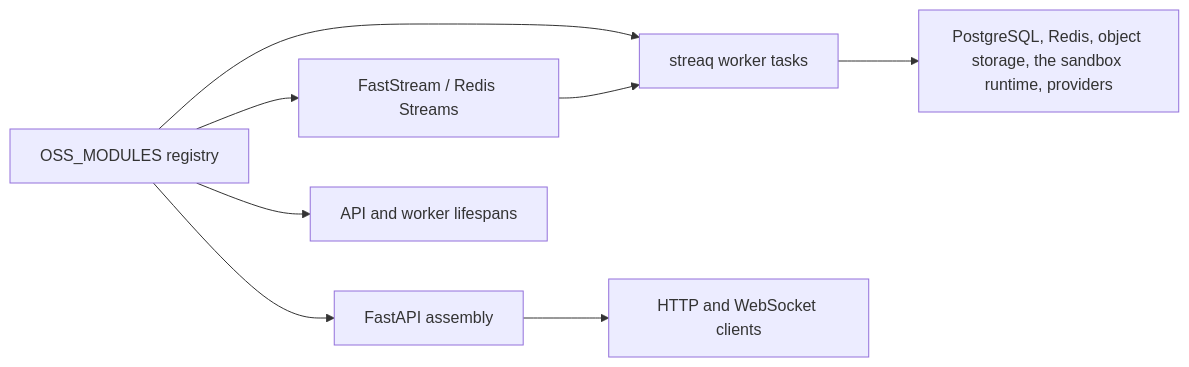
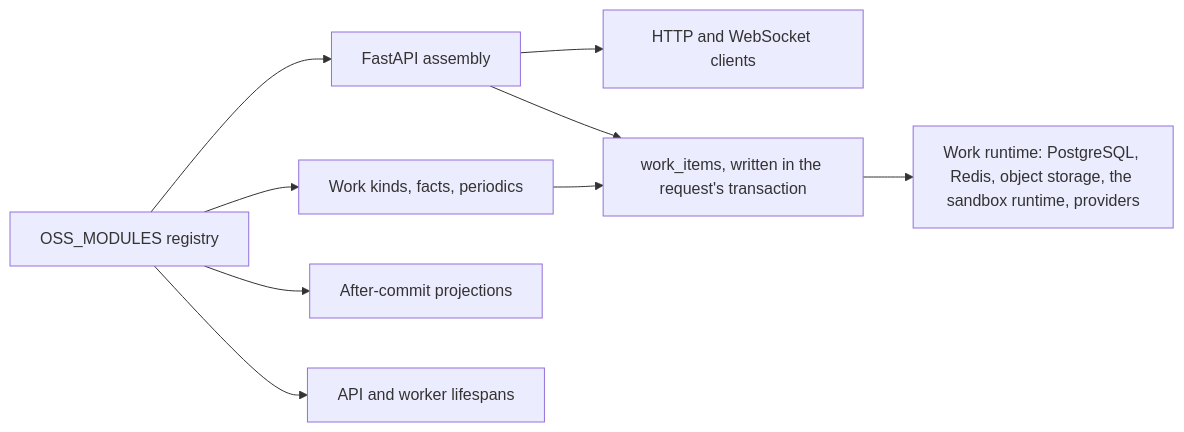
Before and after one commit to brainsparker/lemma-platform: the first of 2 diagrams in lemma-backend/docs/modules/README.md, drawn with Mermaid. The commit also changed other lines of this file and 36 other files, not shown here.

First line of the commit message:
Docs and deploy config for the work runtime without the old transport

````diff
--- a/lemma-backend/docs/modules/README.md
+++ b/lemma-backend/docs/modules/README.md
@@ -15,10 +20,11 @@
 ```mermaid
 flowchart LR
     R["OSS_MODULES registry"] --> A["FastAPI assembly"]
-    R --> E["FastStream / Redis Streams"]
-    R --> J["streaq worker tasks"]
+    R --> K["Work kinds, facts, periodics"]
+    R --> S["After-commit projections"]
     R --> L["API and worker lifespans"]
     A --> U["HTTP and WebSocket clients"]
-    E --> J
-    J --> P["PostgreSQL, Redis, object storage, the sandbox runtime, providers"]
+    A --> W["work_items, written in the request's transaction"]
+    K --> W
+    W --> P["Work runtime: PostgreSQL, Redis, object storage, the sandbox runtime, providers"]
 ```
````
